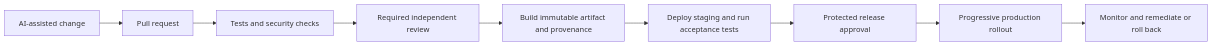
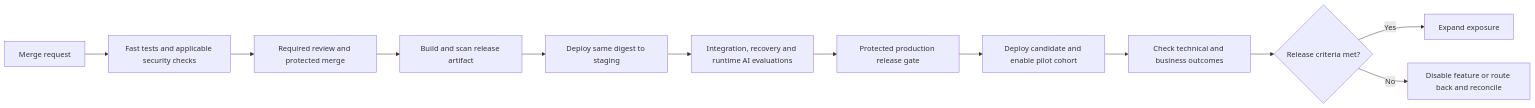
Before and after one commit to agenttester12/ResearchExamples: the second of 2 diagrams in hr-ai-enablement/workstreams/02-rapid-development/hr-workspace-app-platform-and-sdlc.md, drawn with Mermaid. The commit also changed other lines of this file and 2 other files, not shown here.

Commit message:
Rework rapid delivery proposal for GitLab and controlled rollout

````diff
--- a/hr-ai-enablement/workstreams/02-rapid-development/hr-workspace-app-platform-and-sdlc.md
+++ b/hr-ai-enablement/workstreams/02-rapid-development/hr-workspace-app-platform-and-sdlc.md
@@ -128,11 +116,14 @@
 ```mermaid
 flowchart LR
-    Change[AI-assisted change] --> PR[Pull request]
-    PR --> Checks[Tests and security checks]
-    Checks --> Review[Required independent review]
-    Review --> Build[Build immutable artifact and provenance]
-    Build --> Stage[Deploy staging and run acceptance tests]
-    Stage --> Release[Protected release approval]
-    Release --> Prod[Progressive production rollout]
-    Prod --> Monitor[Monitor and remediate or roll back]
+    MR[Merge request] --> Checks[Fast tests and applicable security checks]
+    Checks --> Review[Required review and protected merge]
+    Review --> Build[Build and scan release artifact]
+    Build --> Stage[Deploy same digest to staging]
+    Stage --> Accept[Integration, recovery and runtime AI evaluations]
+    Accept --> Gate[Protected production release gate]
+    Gate --> Deploy[Deploy candidate and enable pilot cohort]
+    Deploy --> Observe[Check technical and business outcomes]
+    Observe --> Decision{Release criteria met?}
+    Decision -->|Yes| Expand[Expand exposure]
+    Decision -->|No| Stop[Disable feature or route back and reconcile]
 ```
````
